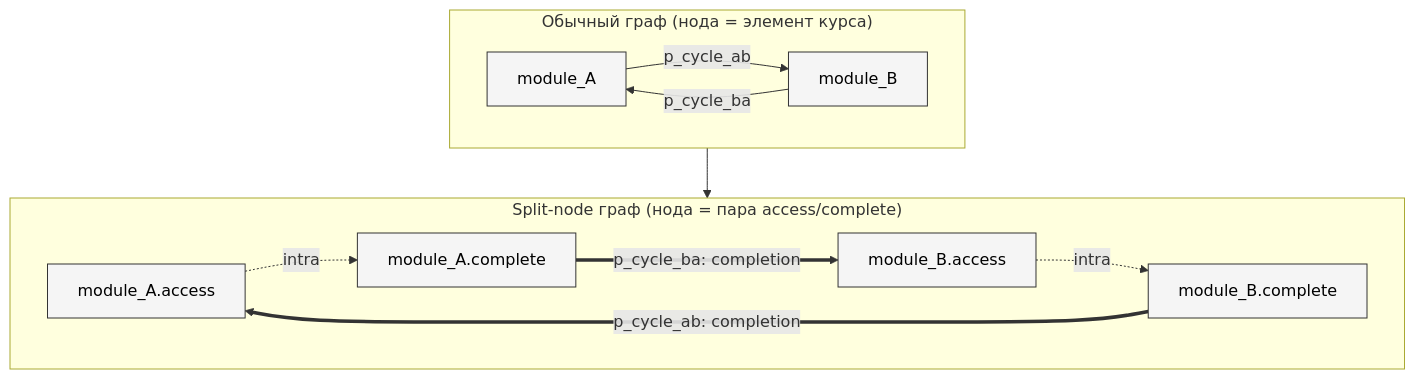
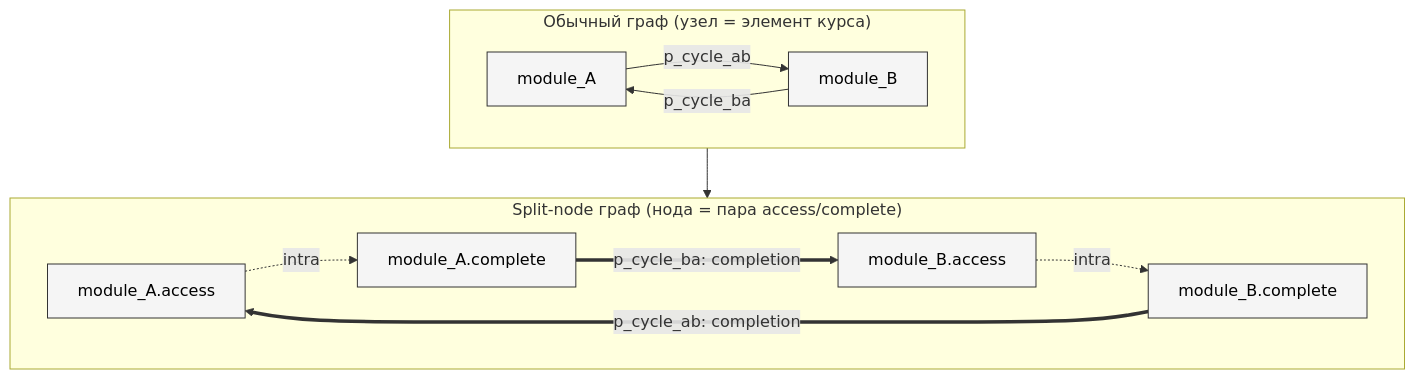
The diagram in diagrams/uml/split-node-example.mmd (Readiee/vkr-access-control), drawn with Mermaid before and after one commit. The commit also changed 118 other files, not shown here.

```diff
--- a/diagrams/uml/split-node-example.mmd
+++ b/diagrams/uml/split-node-example.mmd
@@ -1,25 +1,25 @@
 flowchart TB
 
-    subgraph regular["Обычный граф (нода = элемент курса)"]
+    subgraph regular["Обычный граф (узел = элемент курса)"]
         direction LR
         Areg["module_A"]
         Breg["module_B"]
         Areg -->|p_cycle_ab| Breg
         Breg -->|p_cycle_ba| Areg
     end
 
     subgraph splitnode["Split-node граф (нода = пара access/complete)"]
         direction LR
         Aa["module_A.access"]
         Ac["module_A.complete"]
         Ba["module_B.access"]
         Bc["module_B.complete"]
         Aa -.->|intra| Ac
         Ba -.->|intra| Bc
         Bc ==>|p_cycle_ab: completion| Aa
         Ac ==>|p_cycle_ba: completion| Ba
     end
 
     regular --> splitnode
 
     classDef default fill:#f5f5f5,stroke:#333,color:#000
```
